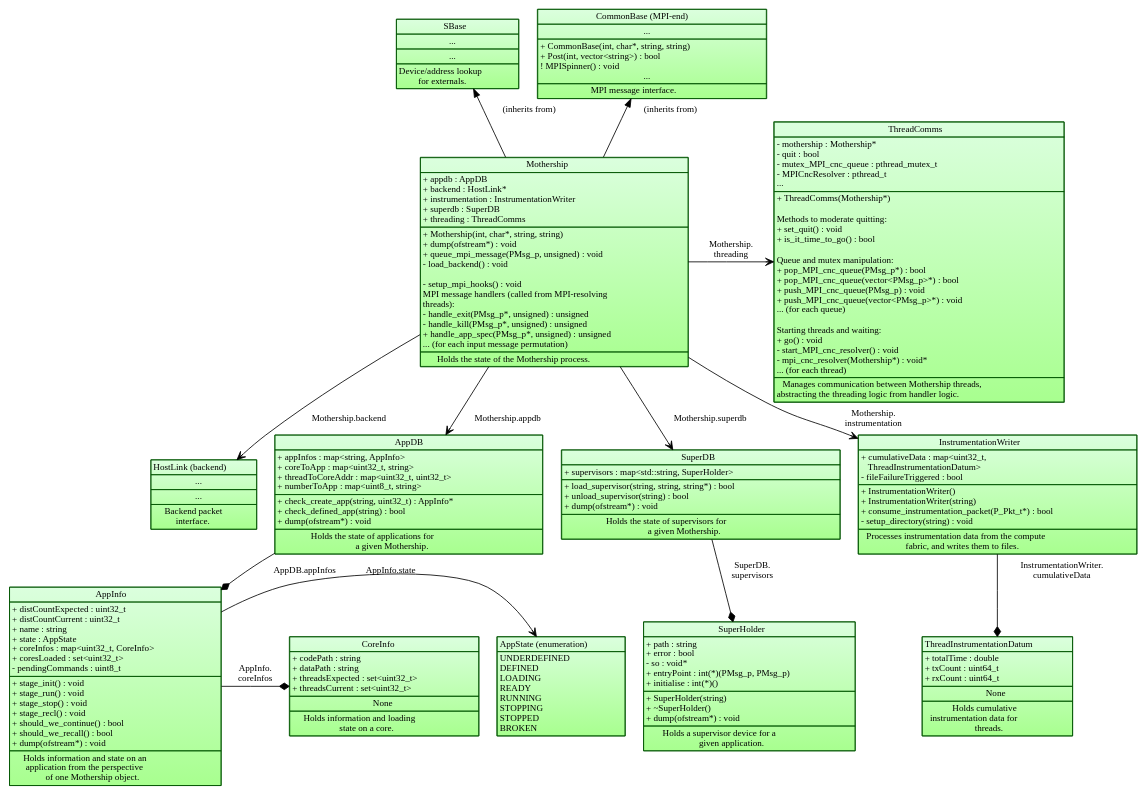
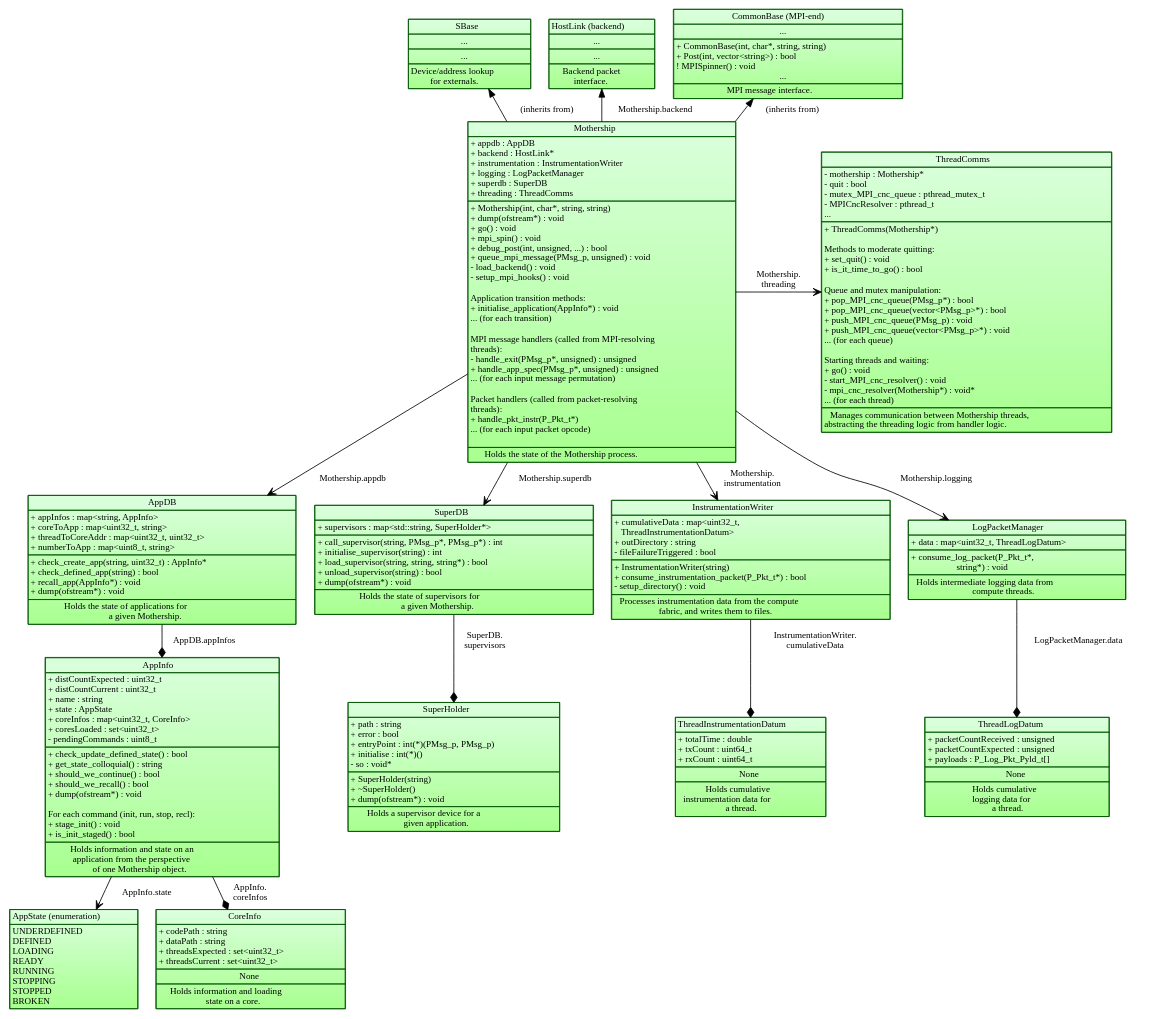
The diagram in images/source/mothership_data_structure.dot (POETSII/orchestrator-documentation), drawn with Graphviz before and after one commit.

Commit message:
Update mothership data structure figure.

```diff
--- a/images/source/mothership_data_structure.dot
+++ b/images/source/mothership_data_structure.dot
@@ -81,6 +81,7 @@
 <TR><TD ALIGN="LEFT">
 + check_create_app(string, uint32_t) : AppInfo*<BR ALIGN="LEFT"/>
 + check_defined_app(string) : bool<BR ALIGN="LEFT"/>
++ recall_app(AppInfo*) : void<BR ALIGN="LEFT"/>
 + dump(ofstream*) : void<BR ALIGN="LEFT"/>
 </TD></TR>
 <TR><TD ALIGN="TEXT">
@@ -100,13 +101,14 @@
 - pendingCommands : uint8_t<BR ALIGN="LEFT"/>
 </TD></TR>
 <TR><TD ALIGN="LEFT">
-+ stage_init() : void<BR ALIGN="LEFT"/>
-+ stage_run() : void<BR ALIGN="LEFT"/>
-+ stage_stop() : void<BR ALIGN="LEFT"/>
-+ stage_recl() : void<BR ALIGN="LEFT"/>
++ check_update_defined_state() : bool<BR ALIGN="LEFT"/>
++ get_state_colloquial() : string<BR ALIGN="LEFT"/>
 + should_we_continue() : bool<BR ALIGN="LEFT"/>
 + should_we_recall() : bool<BR ALIGN="LEFT"/>
-+ dump(ofstream*) : void<BR ALIGN="LEFT"/>
++ dump(ofstream*) : void<BR ALIGN="LEFT"/><BR ALIGN="LEFT"/>
+For each command (init, run, stop, recl):<BR ALIGN="LEFT"/>
++ stage_init() : void<BR ALIGN="LEFT"/>
++ is_init_staged() : bool<BR ALIGN="LEFT"/>
 </TD></TR>
 <TR><TD ALIGN="TEXT">
 Holds information and state on an<BR ALIGN="TEXT"/>
@@ -133,9 +135,11 @@
     SuperDB[label=<<TABLE BORDER="0" CELLBORDER="1" CELLSPACING="0">
 <TR><TD>SuperDB</TD></TR>
 <TR><TD ALIGN="LEFT">
-+ supervisors : map&lt;std::string, SuperHolder&gt;<BR ALIGN="LEFT"/>
++ supervisors : map&lt;std::string, SuperHolder*&gt;<BR ALIGN="LEFT"/>
 </TD></TR>
 <TR><TD ALIGN="LEFT">
++ call_supervisor(string, PMsg_p*, PMsg_p*) : int<BR ALIGN="LEFT"/>
++ initialise_supervisor(string) : int<BR ALIGN="LEFT"/>
 + load_supervisor(string, string, string*) : bool<BR ALIGN="LEFT"/>
 + unload_supervisor(string) : bool<BR ALIGN="LEFT"/>
 + dump(ofstream*) : void<BR ALIGN="LEFT"/>
@@ -150,9 +154,9 @@
 <TR><TD ALIGN="LEFT">
 + path : string<BR ALIGN="LEFT"/>
 + error : bool<BR ALIGN="LEFT"/>
-- so : void*<BR ALIGN="LEFT"/>
 + entryPoint : int(*)(PMsg_p, PMsg_p)<BR ALIGN="LEFT"/>
 + initialise : int(*)()<BR ALIGN="LEFT"/>
+- so : void*<BR ALIGN="LEFT"/>
 </TD></TR>
 <TR><TD ALIGN="LEFT">
 + SuperHolder(string)<BR ALIGN="LEFT"/>
@@ -169,13 +173,13 @@
 <TR><TD ALIGN="LEFT">
 + cumulativeData : map&lt;uint32_t,<BR ALIGN="LEFT"/>
     ThreadInstrumentationDatum&gt;<BR ALIGN="LEFT"/>
++ outDirectory : string<BR ALIGN="LEFT"/>
 - fileFailureTriggered : bool<BR ALIGN="LEFT"/>
 </TD></TR>
 <TR><TD ALIGN="LEFT">
-+ InstrumentationWriter()<BR ALIGN="LEFT"/>
 + InstrumentationWriter(string)<BR ALIGN="LEFT"/>
 + consume_instrumentation_packet(P_Pkt_t*) : bool<BR ALIGN="LEFT"/>
-- setup_directory(string) : void<BR ALIGN="LEFT"/>
+- setup_directory() : void<BR ALIGN="LEFT"/>
 </TD></TR>
 <TR><TD ALIGN="TEXT">
 Processes instrumentation data from the compute<BR ALIGN="TEXT"/>
@@ -195,7 +199,7 @@
 <TR><TD ALIGN="TEXT">
 Holds cumulative<BR ALIGN="TEXT"/>
 instrumentation data for<BR ALIGN="TEXT"/>
-threads.<BR ALIGN="TEXT"/>
+a thread.<BR ALIGN="TEXT"/>
 </TD></TR></TABLE>>];
 
     Mothership[label=<<TABLE BORDER="0" CELLBORDER="1" CELLSPACING="0">
@@ -203,22 +207,32 @@
 <TR><TD ALIGN="LEFT">
 + appdb : AppDB<BR ALIGN="LEFT"/>
 + backend : HostLink*<BR ALIGN="LEFT"/>
-+ instrumentation : InstrumentationWriter <BR ALIGN="LEFT"/>
++ instrumentation : InstrumentationWriter<BR ALIGN="LEFT"/>
++ logging : LogPacketManager<BR ALIGN="LEFT"/>
 + superdb : SuperDB<BR ALIGN="LEFT"/>
 + threading : ThreadComms<BR ALIGN="LEFT"/>
 </TD></TR>
 <TR><TD ALIGN="LEFT">
 + Mothership(int, char*, string, string)<BR ALIGN="LEFT"/>
 + dump(ofstream*) : void<BR ALIGN="LEFT"/>
++ go() : void<BR ALIGN="LEFT"/>
++ mpi_spin() : void<BR ALIGN="LEFT"/>
++ debug_post(int, unsigned, ...) : bool<BR ALIGN="LEFT"/>
 + queue_mpi_message(PMsg_p, unsigned) : void<BR ALIGN="LEFT"/>
-- load_backend() : void<BR ALIGN="LEFT"/><BR ALIGN="LEFT"/>
-- setup_mpi_hooks() : void<BR ALIGN="LEFT"/>
+- load_backend() : void<BR ALIGN="LEFT"/>
+- setup_mpi_hooks() : void<BR ALIGN="LEFT"/><BR ALIGN="LEFT"/>
+Application transition methods:<BR ALIGN="LEFT"/>
++ initialise_application(AppInfo*) : void<BR ALIGN="LEFT"/>
+... (for each transition)<BR ALIGN="LEFT"/><BR ALIGN="LEFT"/>
 MPI message handlers (called from MPI-resolving<BR ALIGN="LEFT"/>
 threads):<BR ALIGN="LEFT"/>
 - handle_exit(PMsg_p*, unsigned) : unsigned<BR ALIGN="LEFT"/>
-- handle_kill(PMsg_p*, unsigned) : unsigned<BR ALIGN="LEFT"/>
 + handle_app_spec(PMsg_p*, unsigned) : unsigned<BR ALIGN="LEFT"/>
-... (for each input message permutation)<BR ALIGN="LEFT"/>
+... (for each input message permutation)<BR ALIGN="LEFT"/><BR ALIGN="LEFT"/>
+Packet handlers (called from packet-resolving<BR ALIGN="LEFT"/>
+threads):<BR ALIGN="LEFT"/>
++ handle_pkt_instr(P_Pkt_t*)<BR ALIGN="LEFT"/>
+... (for each input packet opcode)<BR ALIGN="LEFT"/><BR ALIGN="LEFT"/>
 </TD></TR>
 <TR><TD ALIGN="TEXT">
 Holds the state of the Mothership process.
@@ -294,6 +308,36 @@
 abstracting the threading logic from handler logic.<BR ALIGN="TEXT"/>
 </TD></TR></TABLE>>];
 
+    LogPacketManager[label=<<TABLE BORDER="0" CELLBORDER="1" CELLSPACING="0">
+<TR><TD>LogPacketManager</TD></TR>
+<TR><TD ALIGN="LEFT">
++ data : map&lt;uint32_t, ThreadLogDatum&gt;<BR ALIGN="LEFT"/>
+</TD></TR>
+<TR><TD ALIGN="LEFT">
++ consume_log_packet(P_Pkt_t*,<BR ALIGN="LEFT"/>
+                     string*) : void<BR ALIGN="LEFT"/>
+</TD></TR>
+<TR><TD ALIGN="TEXT">
+Holds intermediate logging data from<BR ALIGN="TEXT"/>
+compute threads.<BR ALIGN="TEXT"/>
+</TD></TR></TABLE>>];
+
+    ThreadLogDatum[label=<<TABLE BORDER="0" CELLBORDER="1" CELLSPACING="0">
+<TR><TD>ThreadLogDatum</TD></TR>
+<TR><TD ALIGN="LEFT">
++ packetCountReceived : unsigned<BR ALIGN="LEFT"/>
++ packetCountExpected : unsigned<BR ALIGN="LEFT"/>
++ payloads : P_Log_Pkt_Pyld_t[]<BR ALIGN="LEFT"/>
+</TD></TR>
+<TR><TD ALIGN="TEXT">
+None
+</TD></TR>
+<TR><TD ALIGN="TEXT">
+Holds cumulative<BR ALIGN="TEXT"/>
+logging data for<BR ALIGN="TEXT"/>
+a thread.<BR ALIGN="TEXT"/>
+</TD></TR></TABLE>>];
+
     /* Relationship definitions (as graph edges) */
     edge[color="#000000",
          fontname="Inconsolata",
@@ -302,11 +346,12 @@
     /* One-to-one containment. */
     {edge[arrowhead="vee"];
         AppInfo -> AppState[label=" AppInfo.state"];
-        Mothership -> HostLink[label=" Mothership.backend"];
+        HostLink -> Mothership[label=" Mothership.backend", dir="back"];
         Mothership -> ThreadComms[label=" Mothership.\nthreading"];
         Mothership -> AppDB[label=" Mothership.appdb"];
         Mothership -> SuperDB[label=" Mothership.superdb"];
         Mothership -> InstrumentationWriter[label=" Mothership.\ninstrumentation"];
+        Mothership -> LogPacketManager[label=" Mothership.logging"];
     }
 
     /* One-to-many containment. */
@@ -315,6 +360,7 @@
         AppDB -> AppInfo[label=" AppDB.appInfos"];
         AppInfo -> CoreInfo[label=" AppInfo.\ncoreInfos"];
         InstrumentationWriter -> ThreadInstrumentationDatum[label=" InstrumentationWriter.\ncumulativeData"];
+        LogPacketManager -> ThreadLogDatum[label=" LogPacketManager.data"];
     }
 
     /* Inheritance */
@@ -328,10 +374,4 @@
         ThreadComms -> Mothership [style="invis"];
         rankdir="LR";
     }
-    {rank="same";
-        CoreInfo;
-        AppState;
-        AppInfo;
-        rankdir="LR";
-    }
 }
```
